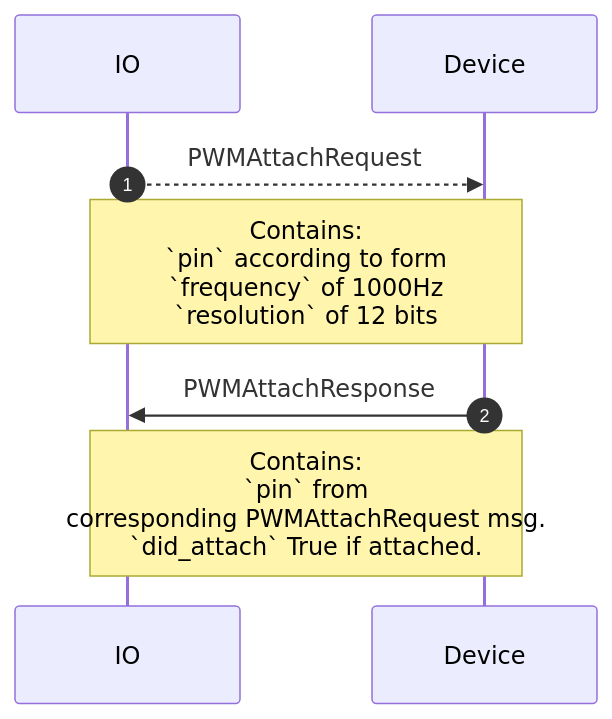
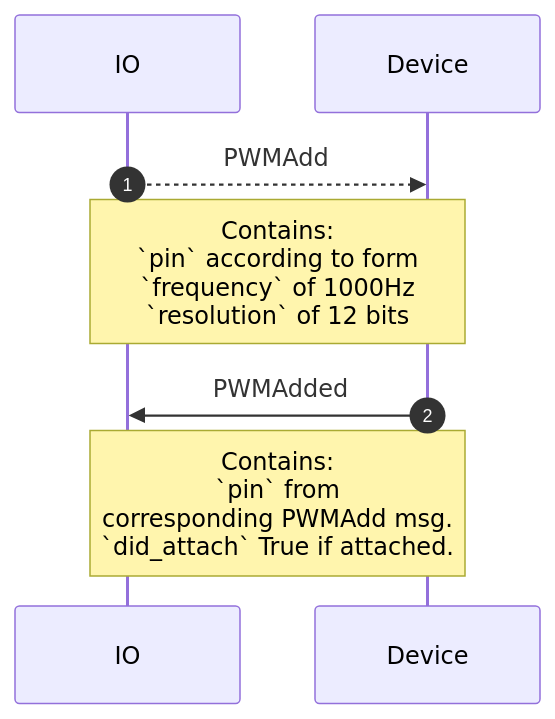
The sixth of 10 diagrams in proto/wippersnapper/docs/pwm.md (adafruit/Wippersnapper_Protobuf), drawn with Mermaid before and after one commit. The commit also changed other lines of this file and 6 other files, not shown here.

````diff
--- a/proto/wippersnapper/docs/pwm.md
+++ b/proto/wippersnapper/docs/pwm.md
@@ -80,10 +80,10 @@
 ```mermaid
 sequenceDiagram
 autonumber
 
-IO-->>Device: PWMAttachRequest
+IO-->>Device: PWMAdd
 Note over IO, Device: Contains:<br> `pin` according to form<br>`frequency` of 1000Hz<br> `resolution` of 12 bits
 
-Device->>IO: PWMAttachResponse
-Note over IO, Device: Contains:<br> `pin` from <br>corresponding PWMAttachRequest msg. <br>`did_attach` True if attached.
+Device->>IO: PWMAdded
+Note over IO, Device: Contains:<br> `pin` from <br>corresponding PWMAdd msg. <br>`did_attach` True if attached.
 ```
````
